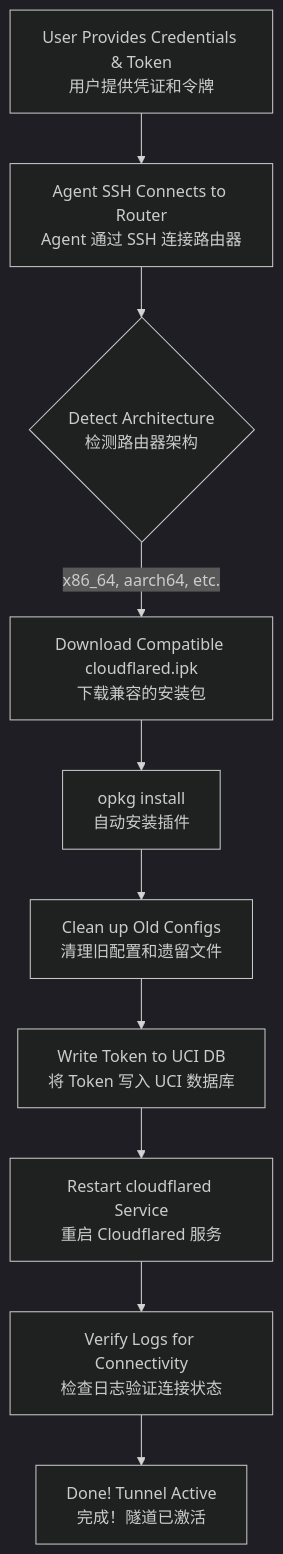
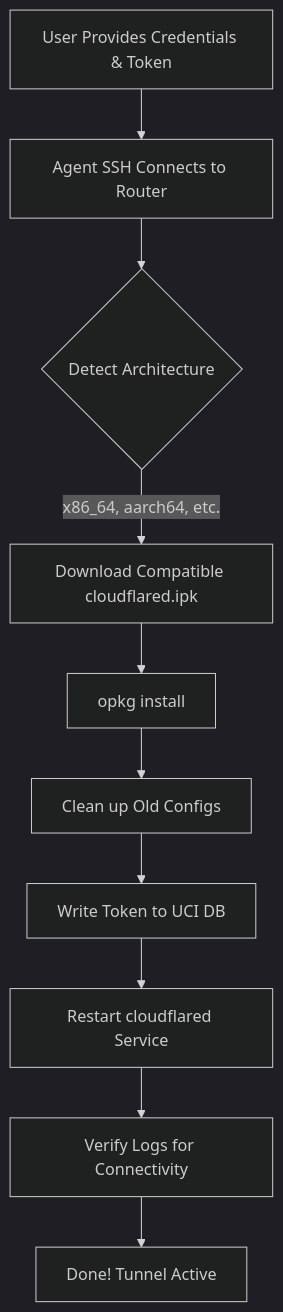
Before and after one commit to takedwind/cloudflare-tunnel-istoreos-skill: the diagram in README.md, drawn with Mermaid (dark theme). The commit also changed other lines of this file and 1 other file, not shown here.

````diff
--- a/README.md
+++ b/README.md
@@ -9,12 +9,12 @@
 ```mermaid
 graph TD
-    A[User Provides Credentials & Token<br/>用户提供凭证和令牌] --> B[Agent SSH Connects to Router<br/>Agent 通过 SSH 连接路由器]
-    B --> C{Detect Architecture<br/>检测路由器架构}
-    C -->|x86_64, aarch64, etc.| D[Download Compatible cloudflared.ipk<br/>下载兼容的安装包]
-    D --> E[opkg install<br/>自动安装插件]
-    E --> F[Clean up Old Configs<br/>清理旧配置和遗留文件]
-    F --> G[Write Token to UCI DB<br/>将 Token 写入 UCI 数据库]
-    G --> H[Restart cloudflared Service<br/>重启 Cloudflared 服务]
-    H --> I[Verify Logs for Connectivity<br/>检查日志验证连接状态]
-    I --> J[Done! Tunnel Active<br/>完成！隧道已激活]
+    A[User Provides Credentials & Token] --> B[Agent SSH Connects to Router]
+    B --> C{Detect Architecture}
+    C -->|x86_64, aarch64, etc.| D[Download Compatible cloudflared.ipk]
+    D --> E[opkg install]
+    E --> F[Clean up Old Configs]
+    F --> G[Write Token to UCI DB]
+    G --> H[Restart cloudflared Service]
+    H --> I[Verify Logs for Connectivity]
+    I --> J[Done! Tunnel Active]
 ```
````
